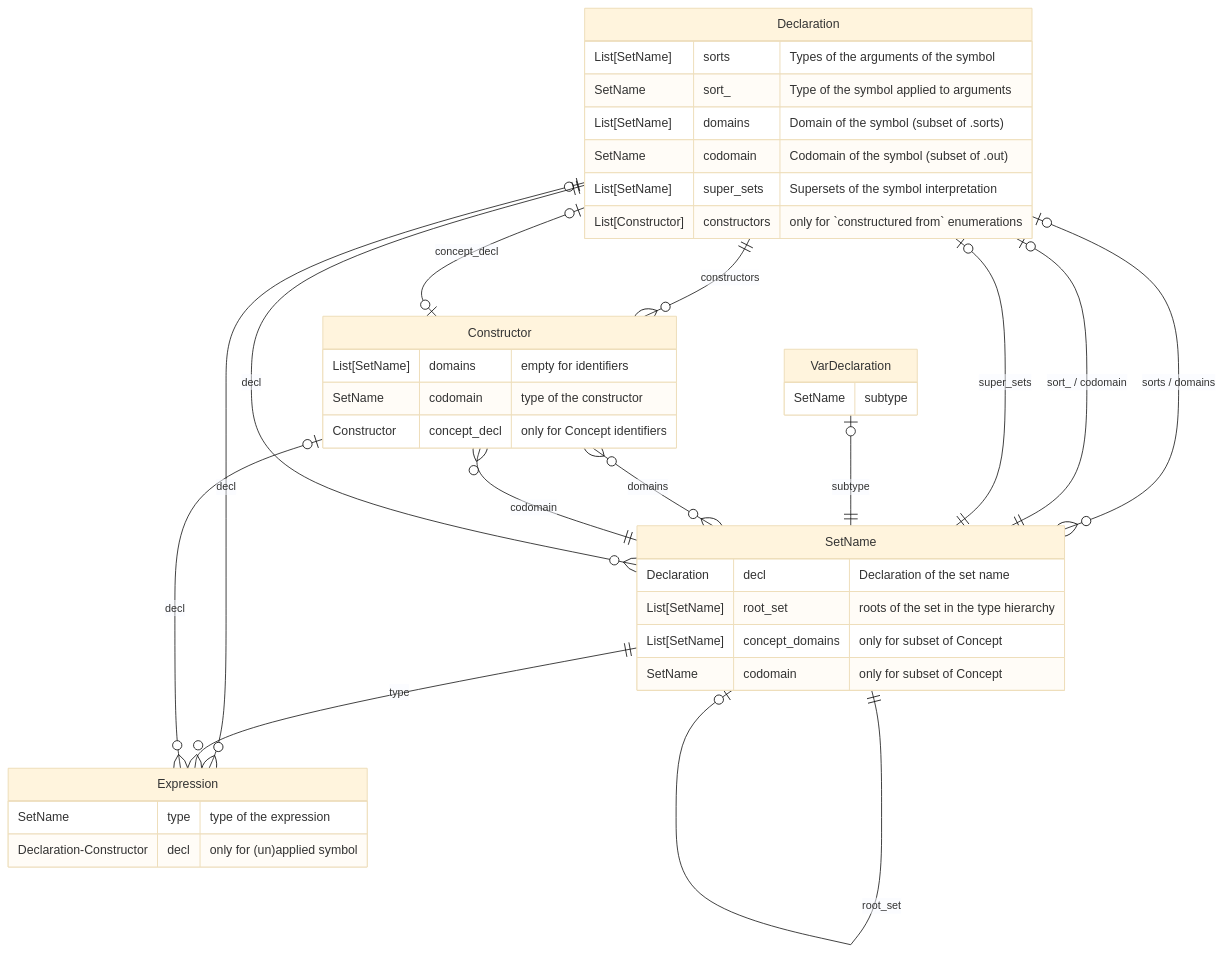
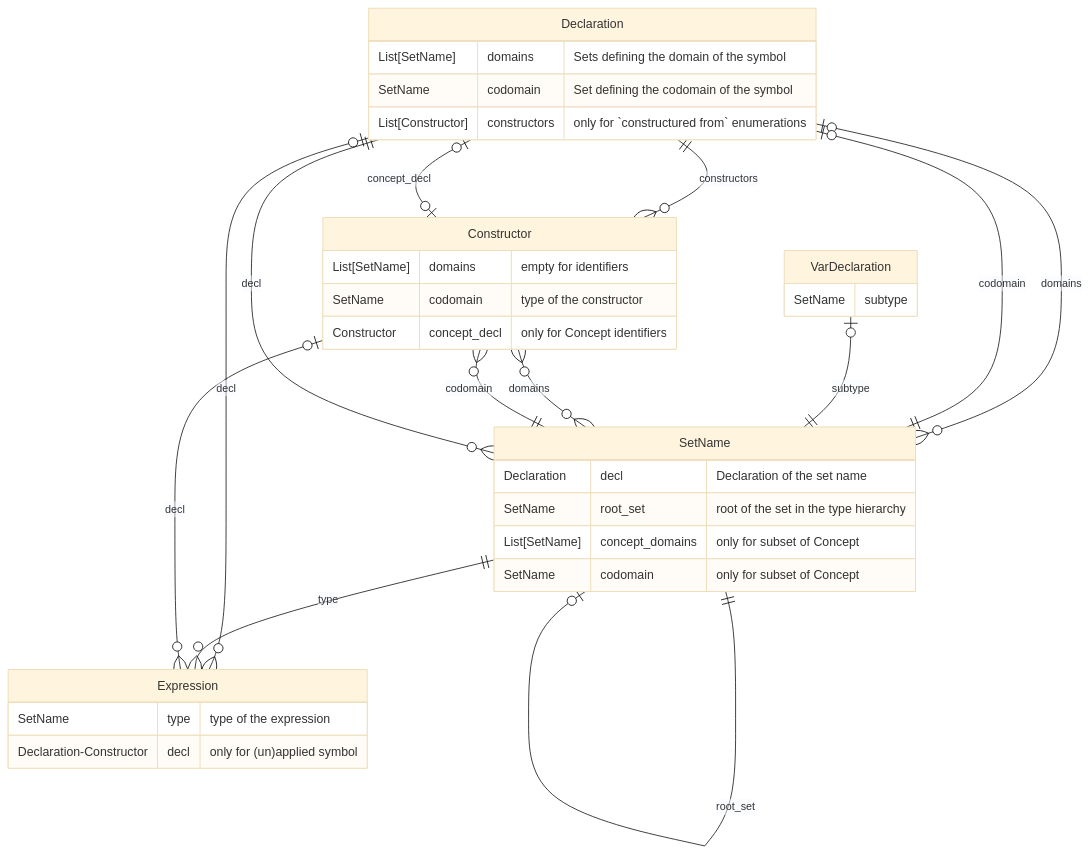
The diagram in docs/Diagrams.md (Sobhangh/IDP-Z3), drawn with Mermaid (base theme) before and after one commit. The commit also changed 99 other files, not shown here.

````diff
--- a/docs/Diagrams.md
+++ b/docs/Diagrams.md
@@ -8,45 +8,41 @@
 ```{mermaid}
 erDiagram
-    Declaration |o--o{ SetName : "sorts / domains"
-    Declaration |o--|| SetName: "sort_ / codomain"
-    Declaration |o--|| SetName: "super_sets"
+    Declaration |o--o{ SetName : domains
+    Declaration |o--|| SetName: codomain
     Declaration |o--o{ Expression: decl
     VarDeclaration |o--|| SetName: subtype
     SetName }o--|| Declaration: decl
     SetName |o--o{ SetName: concept_domains
     SetName |o--o| SetName: codomain
     SetName ||--o{ Expression: type
     SetName ||--o| SetName: root_set
     Constructor }o--o{ SetName : domains
     Constructor }o--|| SetName : codomain
     Constructor |o--o| Declaration: concept_decl
     Constructor |o--o{ Expression: decl
     Declaration ||--o{ Constructor: constructors
 
     Declaration {
-        List[SetName]   sorts           "Types of the arguments of the symbol"
-        SetName         sort_           "Type of the symbol applied to arguments"
-        List[SetName]   domains         "Domain of the symbol (subset of .sorts)"
-        SetName         codomain        "Codomain of the symbol (subset of .out)"
-        List[SetName]   super_sets      "Supersets of the symbol interpretation"
+        List[SetName] domains "Sets defining the domain of the symbol"
+        SetName codomain "Set defining the codomain of the symbol"
         List[Constructor] constructors "only for `constructured from` enumerations"
     }
     VarDeclaration {
         SetName subtype
     }
     SetName {
-        Declaration     decl        "Declaration of the set name"
-        List[SetName]   root_set    "roots of the set in the type hierarchy"
-        List[SetName]   concept_domains "only for subset of Concept"
-        SetName         codomain    "only for subset of Concept"
+        Declaration decl "Declaration of the set name"
+        SetName root_set "root of the set in the type hierarchy"
+        List[SetName] concept_domains "only for subset of Concept"
+        SetName codomain "only for subset of Concept"
     }
     Expression {
-        SetName                 type "type of the expression"
+        SetName type "type of the expression"
         Declaration-Constructor decl "only for (un)applied symbol"
     }
     Constructor {
-        List[SetName]   domains     "empty for identifiers"
-        SetName         codomain    "type of the constructor"
-        Constructor     concept_decl "only for Concept identifiers"
+        List[SetName] domains "empty for identifiers"
+        SetName codomain  "type of the constructor"
+        Constructor concept_decl "only for Concept identifiers"
     }
 ```
````
